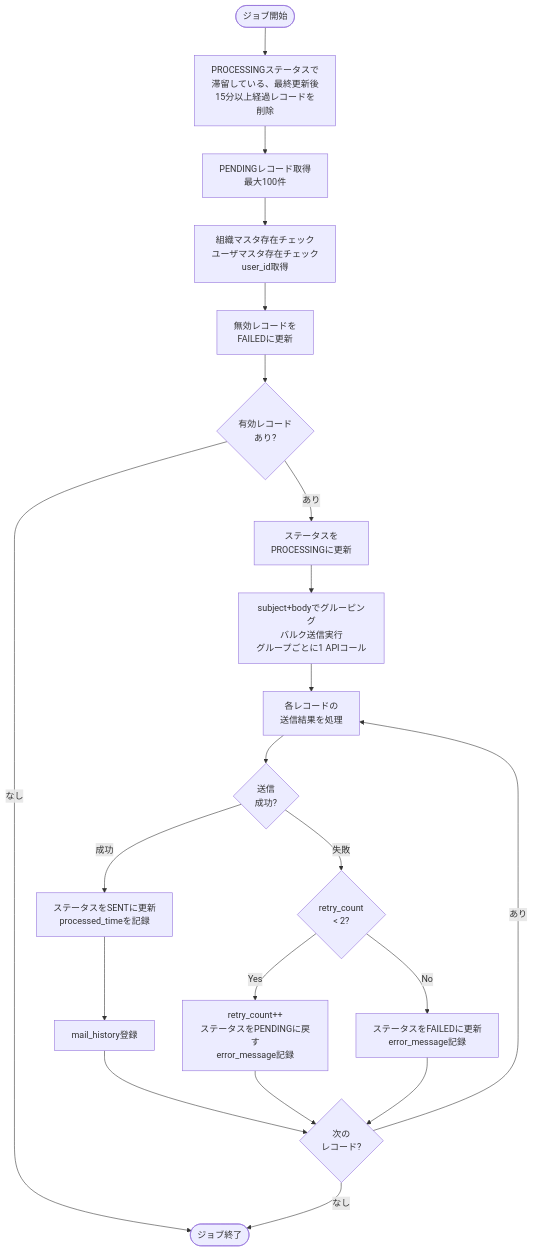
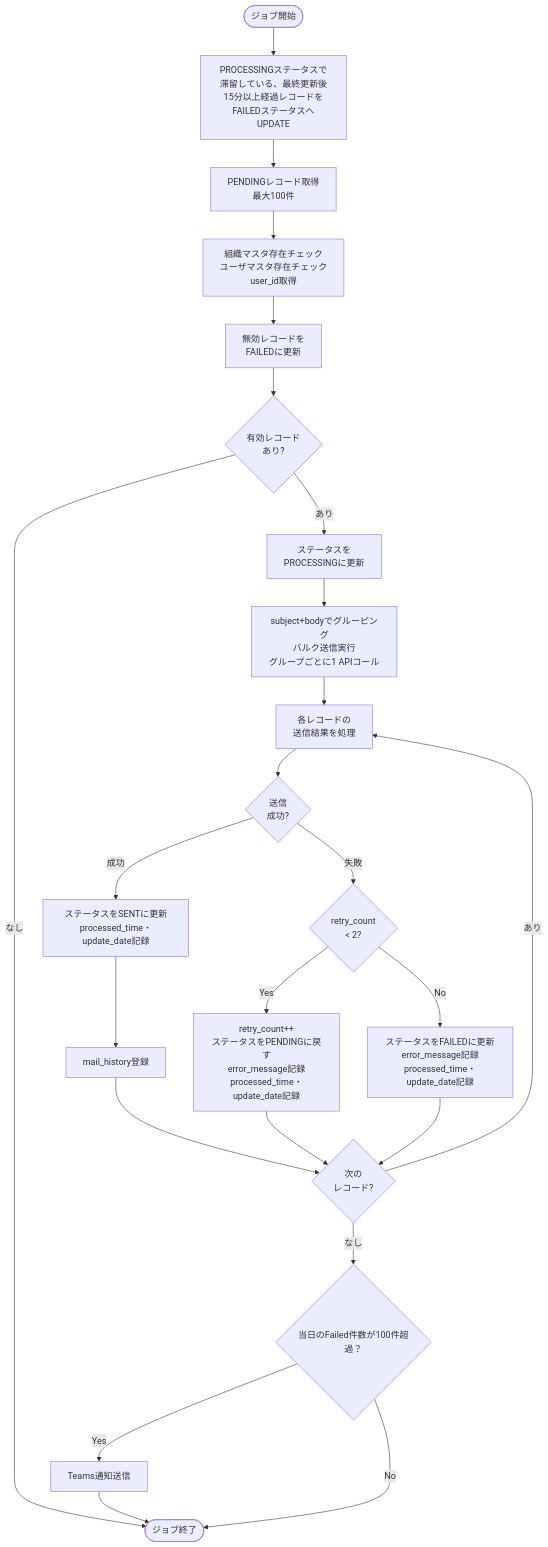
Before and after one commit to NSW-SVCP-AIWG002/Databricks-IoT: the diagram in docs/03-features/batch/scheduled-email-job/job-specification.md, drawn with Mermaid. The commit also changed other lines of this file and 3 other files, not shown here.

````diff
--- a/docs/03-features/batch/scheduled-email-job/job-specification.md
+++ b/docs/03-features/batch/scheduled-email-job/job-specification.md
@@ -59,28 +96,31 @@
 ```mermaid
 flowchart TD
-    Start([ジョブ開始]) --> DeleteRecord[PROCESSINGステータスで<br>滞留している、最終更新後<br>15分以上経過レコードを<br>削除]
+    Start([ジョブ開始]) --> DeleteRecord[PROCESSINGステータスで<br>滞留している、最終更新後<br>15分以上経過レコードを<br>FAILEDステータスへUPDATE]
     DeleteRecord --> Fetch[PENDINGレコード取得<br>最大100件]
     Fetch --> MasterCheck[組織マスタ存在チェック<br>ユーザマスタ存在チェック<br>user_id取得]
     MasterCheck --> InvalidFailed[無効レコードを<br>FAILEDに更新]
     InvalidFailed --> Check{有効レコード<br>あり?}
     Check -->|なし| End([ジョブ終了])
     Check -->|あり| UpdateProcessing[ステータスを<br>PROCESSINGに更新]
     UpdateProcessing --> BulkSend[subject+bodyでグルーピング<br>バルク送信実行<br>グループごとに1 APIコール]
     BulkSend --> Loop[各レコードの<br>送信結果を処理]
 
     Loop --> Result{送信<br>成功?}
 
-    Result -->|成功| UpdateSent[ステータスをSENTに更新<br>processed_timeを記録]
+    Result -->|成功| UpdateSent[ステータスをSENTに更新<br>processed_time・update_date記録]
     Result -->|失敗| CheckRetry{retry_count<br>< 2?}
 
-    CheckRetry -->|Yes| IncrementRetry[retry_count++<br>ステータスをPENDINGに戻す<br>error_message記録]
-    CheckRetry -->|No| UpdateFailed[ステータスをFAILEDに更新<br>error_message記録]
+    CheckRetry -->|Yes| IncrementRetry[retry_count++<br>ステータスをPENDINGに戻す<br>error_message記録<br>processed_time・update_date記録]
+    CheckRetry -->|No| UpdateFailed[ステータスをFAILEDに更新<br>error_message記録<br>processed_time・update_date記録]
+    UpdateFailed --> Next
+    Next --> |なし| CheckFailed{当日のFailed件数が100件超過？}
+    CheckFailed --> |Yes| SendTeams[Teams通知送信]
+    CheckFailed --> |No| End
+    SendTeams --> End
 
     UpdateSent --> RecordHistory[mail_history登録]
     RecordHistory --> Next{次の<br>レコード?}
     IncrementRetry --> Next
-    UpdateFailed --> Next
 
     Next -->|あり| Loop
-    Next -->|なし| End
 ```
````
